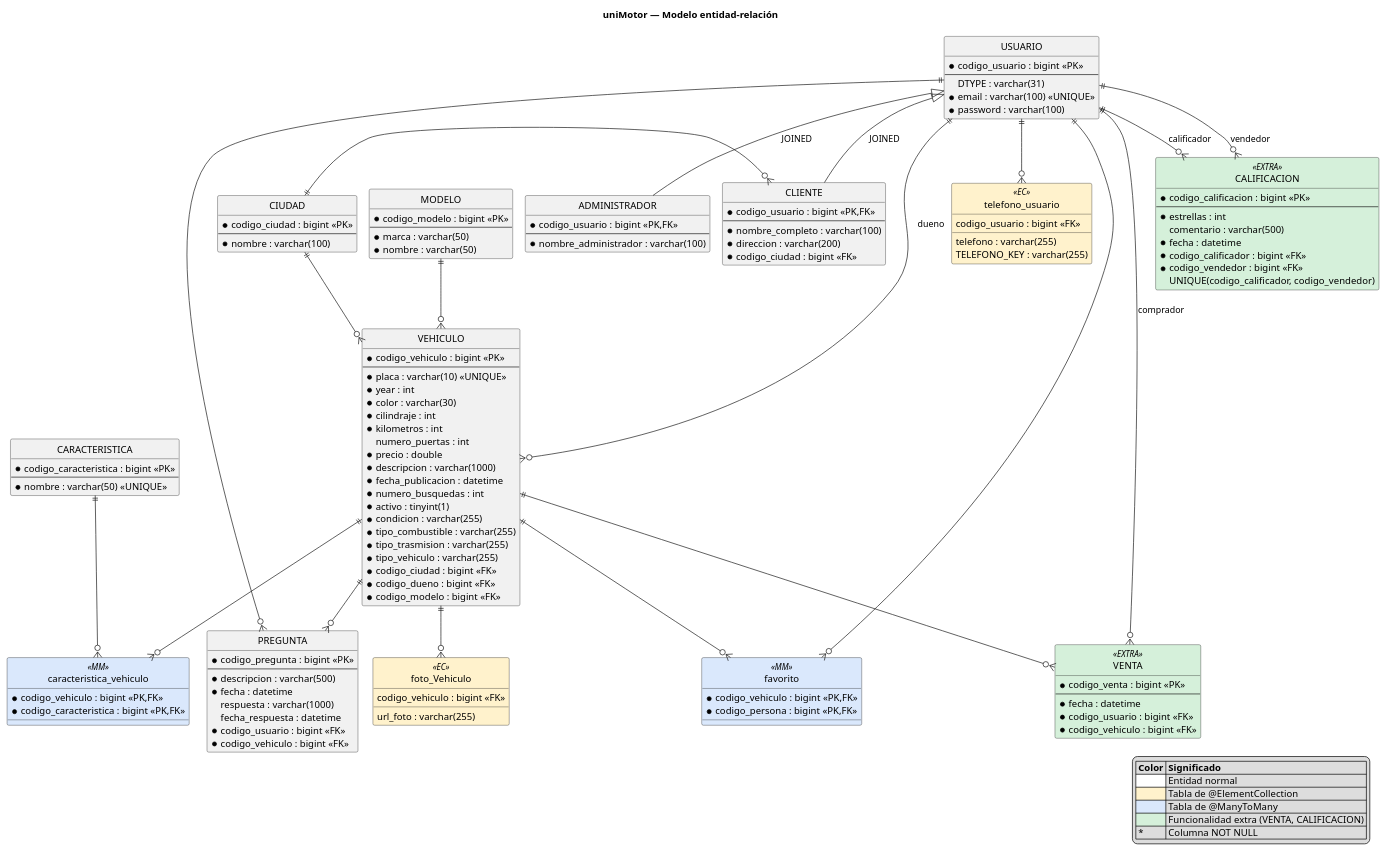
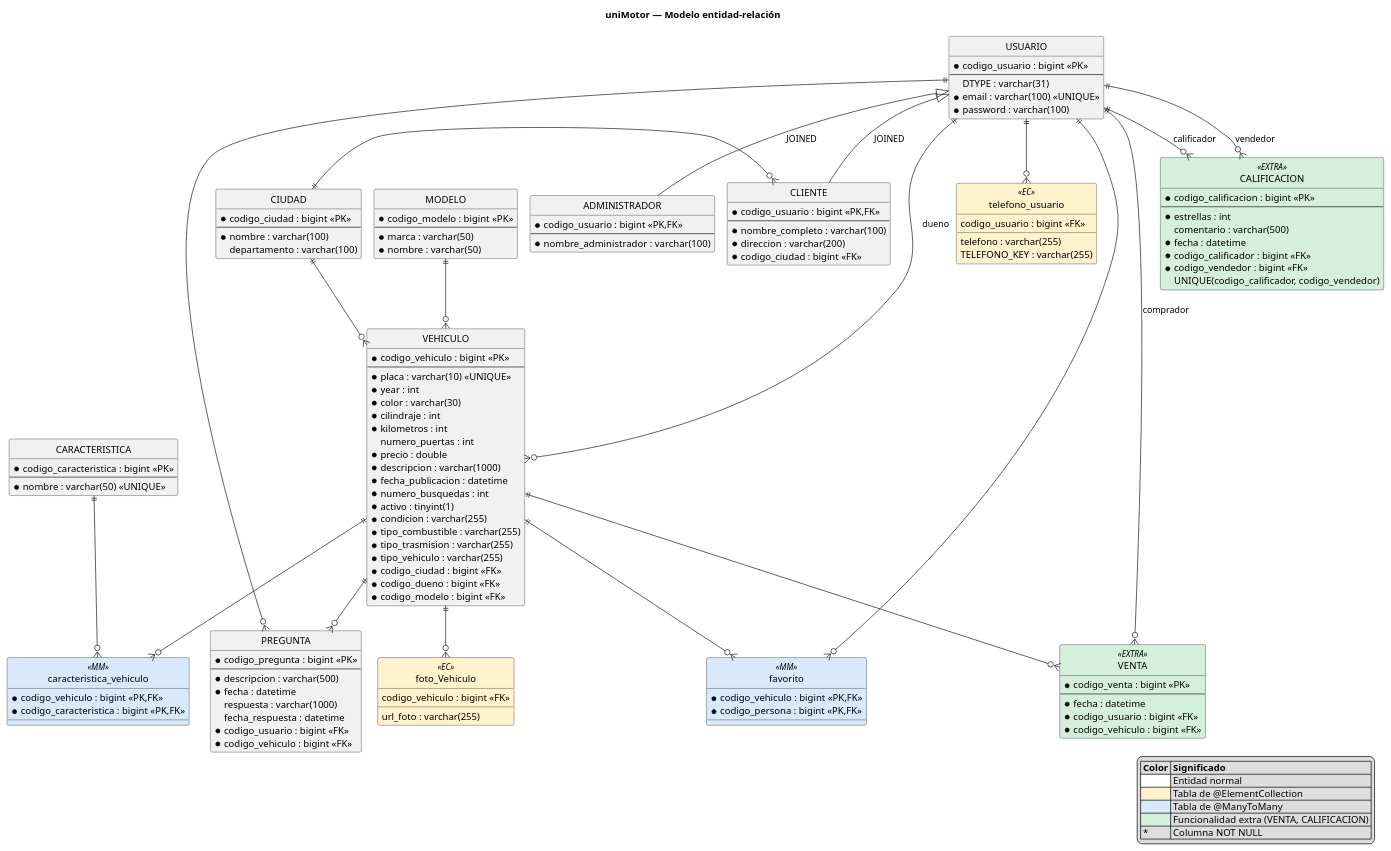
Before and after one commit to CristianBastidas99/uniMotor: the diagram in docs/diagrama-er.puml, drawn with PlantUML. The commit also changed 14 other files, not shown here.

```diff
--- a/docs/diagrama-er.puml
+++ b/docs/diagrama-er.puml
@@ -1,146 +1,147 @@
 @startuml diagrama-er
 !pragma layout smetana
 title uniMotor — Modelo entidad-relación
 hide circle
 skinparam shadowing false
 skinparam entity {
   BackgroundColor #FFFFFF
   BorderColor #444444
 }
 
 entity CIUDAD {
   * codigo_ciudad : bigint <<PK>>
   --
   * nombre : varchar(100)
+  departamento : varchar(100)
 }
 entity MODELO {
   * codigo_modelo : bigint <<PK>>
   --
   * marca : varchar(50)
   * nombre : varchar(50)
 }
 entity CARACTERISTICA {
   * codigo_caracteristica : bigint <<PK>>
   --
   * nombre : varchar(50) <<UNIQUE>>
 }
 
 entity USUARIO {
   * codigo_usuario : bigint <<PK>>
   --
   DTYPE : varchar(31)
   * email : varchar(100) <<UNIQUE>>
   * password : varchar(100)
 }
 entity ADMINISTRADOR {
   * codigo_usuario : bigint <<PK,FK>>
   --
   * nombre_administrador : varchar(100)
 }
 entity CLIENTE {
   * codigo_usuario : bigint <<PK,FK>>
   --
   * nombre_completo : varchar(100)
   * direccion : varchar(200)
   * codigo_ciudad : bigint <<FK>>
 }
 entity telefono_usuario <<EC>> #FFF2CC {
   codigo_usuario : bigint <<FK>>
   telefono : varchar(255)
   TELEFONO_KEY : varchar(255)
 }
 
 entity VEHICULO {
   * codigo_vehiculo : bigint <<PK>>
   --
   * placa : varchar(10) <<UNIQUE>>
   * year : int
   * color : varchar(30)
   * cilindraje : int
   * kilometros : int
   numero_puertas : int
   * precio : double
   * descripcion : varchar(1000)
   * fecha_publicacion : datetime
   * numero_busquedas : int
   * activo : tinyint(1)
   * condicion : varchar(255)
   * tipo_combustible : varchar(255)
   * tipo_trasmision : varchar(255)
   * tipo_vehiculo : varchar(255)
   * codigo_ciudad : bigint <<FK>>
   * codigo_dueno : bigint <<FK>>
   * codigo_modelo : bigint <<FK>>
 }
 entity foto_Vehiculo <<EC>> #FFF2CC {
   codigo_vehiculo : bigint <<FK>>
   url_foto : varchar(255)
 }
 entity caracteristica_vehiculo <<MM>> #DAE8FC {
   * codigo_vehiculo : bigint <<PK,FK>>
   * codigo_caracteristica : bigint <<PK,FK>>
 }
 entity favorito <<MM>> #DAE8FC {
   * codigo_vehiculo : bigint <<PK,FK>>
   * codigo_persona : bigint <<PK,FK>>
 }
 entity PREGUNTA {
   * codigo_pregunta : bigint <<PK>>
   --
   * descripcion : varchar(500)
   * fecha : datetime
   respuesta : varchar(1000)
   fecha_respuesta : datetime
   * codigo_usuario : bigint <<FK>>
   * codigo_vehiculo : bigint <<FK>>
 }
 entity VENTA <<EXTRA>> #D5F0DA {
   * codigo_venta : bigint <<PK>>
   --
   * fecha : datetime
   * codigo_usuario : bigint <<FK>>
   * codigo_vehiculo : bigint <<FK>>
 }
 entity CALIFICACION <<EXTRA>> #D5F0DA {
   * codigo_calificacion : bigint <<PK>>
   --
   * estrellas : int
   comentario : varchar(500)
   * fecha : datetime
   * codigo_calificador : bigint <<FK>>
   * codigo_vendedor : bigint <<FK>>
   UNIQUE(codigo_calificador, codigo_vendedor)
 }
 
 ' Herencia JOINED
 USUARIO <|-- ADMINISTRADOR : JOINED
 USUARIO <|-- CLIENTE : JOINED
 
 ' Catalogos arriba
 CIUDAD ||-down-o{ VEHICULO
 MODELO ||-down-o{ VEHICULO
 CIUDAD ||-left-o{ CLIENTE
 CARACTERISTICA ||-down-o{ caracteristica_vehiculo
 VEHICULO ||-down-o{ caracteristica_vehiculo
 
 USUARIO ||-down-o{ telefono_usuario
 VEHICULO ||-down-o{ foto_Vehiculo
 USUARIO ||-right-o{ VEHICULO : dueno
 USUARIO ||-down-o{ favorito
 VEHICULO ||-down-o{ favorito
 USUARIO ||-down-o{ PREGUNTA
 VEHICULO ||-down-o{ PREGUNTA
 USUARIO ||-down-o{ VENTA : comprador
 VEHICULO ||-down-o{ VENTA
 USUARIO ||-down-o{ CALIFICACION : calificador
 USUARIO ||-down-o{ CALIFICACION : vendedor
 
 legend right
   |= Color |= Significado |
   |<#FFFFFF> | Entidad normal |
   |<#FFF2CC> | Tabla de @ElementCollection |
   |<#DAE8FC> | Tabla de @ManyToMany |
   |<#D5F0DA> | Funcionalidad extra (VENTA, CALIFICACION) |
   | * | Columna NOT NULL |
 endlegend
 @enduml
```
